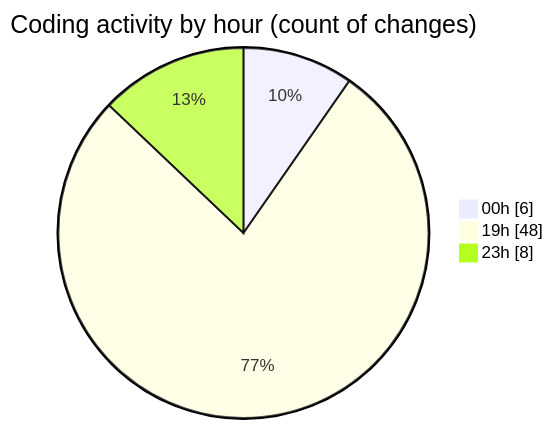
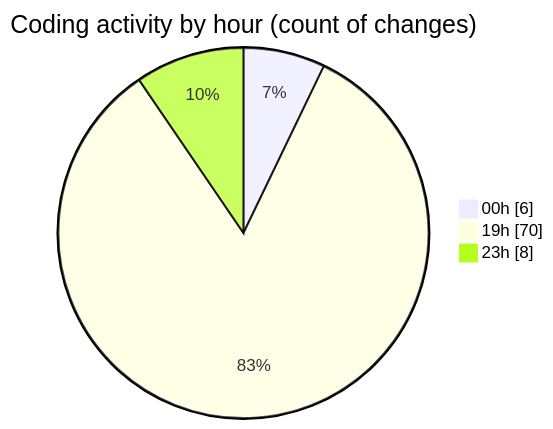
Before and after one commit to Ritupan-Deka/code-tracking: the second of 2 diagrams in 2025-08-05/javascript/README.md, drawn with Mermaid. The commit also changed other lines of this file and 1 other file, not shown here.

````diff
--- a/2025-08-05/javascript/README.md
+++ b/2025-08-05/javascript/README.md
@@ -29,7 +29,7 @@
 ```mermaid
 pie showData
 title Coding activity by hour (count of changes)
 "00h" : 6
-"19h" : 48
+"19h" : 70
 "23h" : 8
 ```
````
